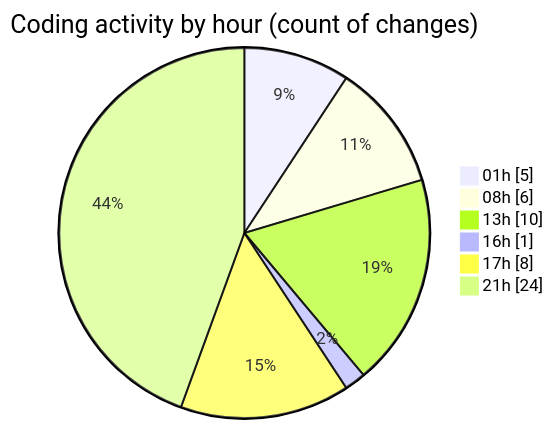
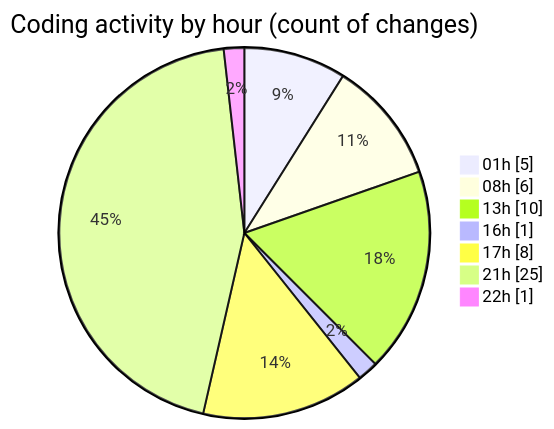
One commit to tmsrecording-cyber/code-tracking changed the second of 2 diagrams in 2026-02-04/singularitybrainai/README.md. Above: the diagram before and after it, drawn with Mermaid. The commit also changed other lines of this file and 1 other file, not shown here.

````diff
--- a/2026-02-04/singularitybrainai/README.md
+++ b/2026-02-04/singularitybrainai/README.md
@@ -35,10 +35,11 @@
 ```mermaid
 pie showData
 title Coding activity by hour (count of changes)
 "01h" : 5
 "08h" : 6
 "13h" : 10
 "16h" : 1
 "17h" : 8
-"21h" : 24
+"21h" : 25
+"22h" : 1
 ```
````
